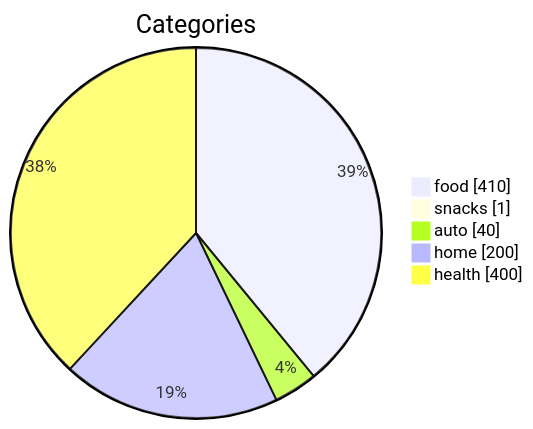
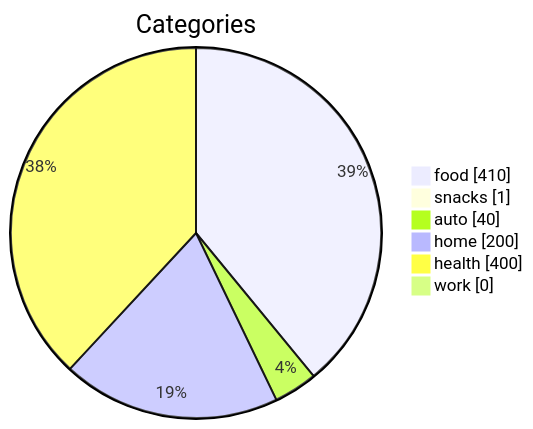
Before and after one commit to Indyandie/yosan: the fourth of 5 diagrams in data/template/2024-07/2024-07-budget.md, drawn with Mermaid. The commit also changed other lines of this file and 9 other files, not shown here.

````diff
--- a/data/template/2024-07/2024-07-budget.md
+++ b/data/template/2024-07/2024-07-budget.md
@@ -62,10 +73,11 @@
 ```mermaid
 %%{init: {"pie": {"textPosition": 0.9}, "themeVariables": {"pieOuterStrokeWidth": "2px"}} }%%
 pie showData
    title Categories
 	"food" : 410.00
 	"snacks" : 1.00
 	"auto" : 40.00
 	"home" : 200.00
 	"health" : 400.00
+	"work" : 0.00
 ```
````
